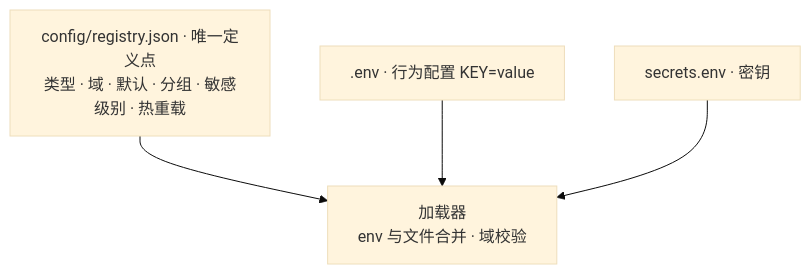
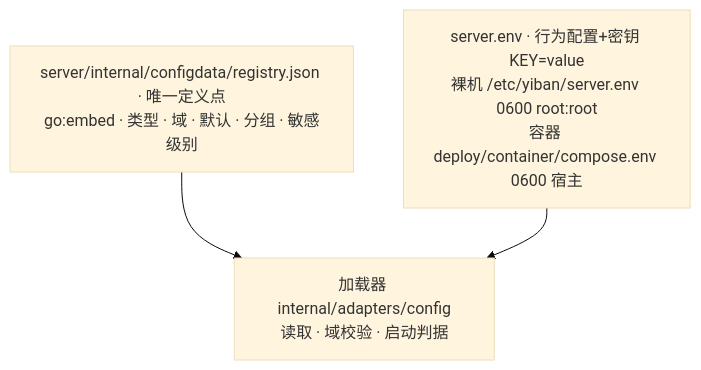
Before and after one commit to frostpolaris1/yiban-auto-sign: the fourth of 4 diagrams in docs/dev/architecture-target.md, drawn with Mermaid (base theme). The commit also changed other lines of this file and 38 other files, not shown here.

````diff
--- a/docs/dev/architecture-target.md
+++ b/docs/dev/architecture-target.md
@@ -227,10 +227,8 @@
 ```mermaid
 flowchart TD
-    R["config/registry.json · 唯一定义点<br/>类型 · 域 · 默认 · 分组 · 敏感级别 · 热重载"]
-    ENV[".env · 行为配置 KEY=value"]
-    SEC["secrets.env · 密钥"]
-    LOAD["加载器<br/>env 与文件合并 · 域校验"]
+    R["server/internal/configdata/registry.json · 唯一定义点<br/>go:embed · 类型 · 域 · 默认 · 分组 · 敏感级别"]
+    ENV["server.env · 行为配置+密钥 KEY=value<br/>裸机 /etc/yiban/server.env 0600 root:root<br/>容器 deploy/container/compose.env 0600 宿主"]
+    LOAD["加载器 internal/adapters/config<br/>读取 · 域校验 · 启动判据"]
     R --> LOAD
     ENV --> LOAD
-    SEC --> LOAD
 ```
````
